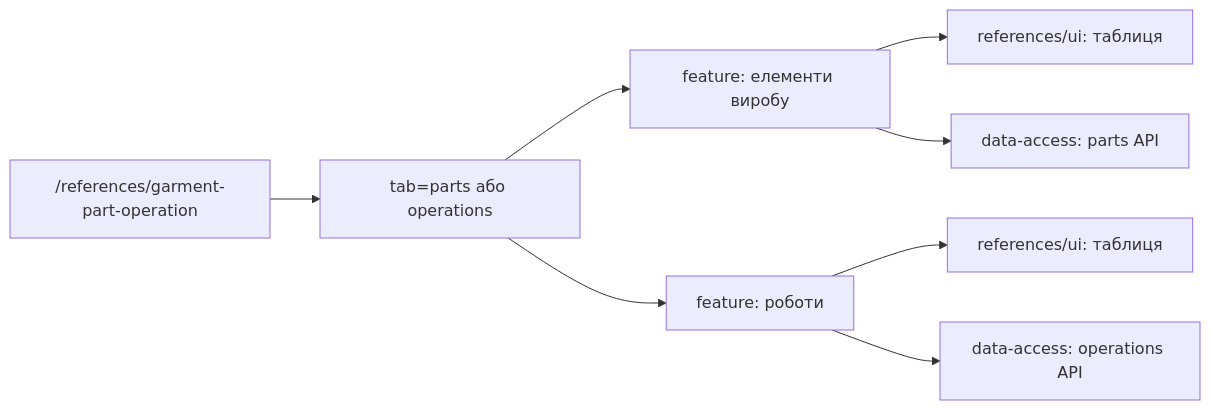
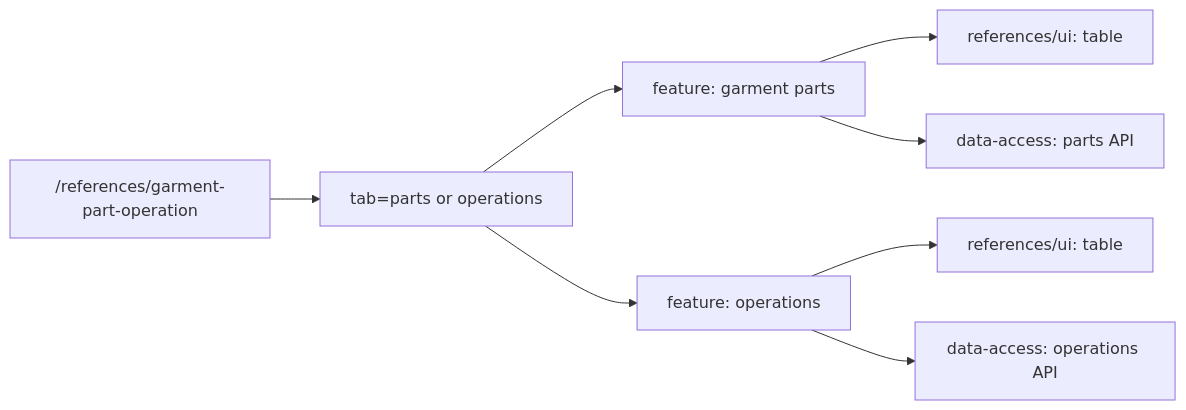
Before and after one commit to Weretik/brevi-web: the diagram in docs/features/admin/references/garment-parts.md, drawn with Mermaid. The commit also changed other lines of this file and 52 other files, not shown here.

Commit message:
docs(frontend): reconcile architecture and feature guidance

````diff
--- a/docs/features/admin/references/garment-parts.md
+++ b/docs/features/admin/references/garment-parts.md
@@ -9,10 +13,10 @@
 ```mermaid
 flowchart LR
-  Route["/references/garment-part-operation"] --> Tabs["tab=parts або operations"]
-  Tabs --> Parts["feature: елементи виробу"]
-  Tabs --> Operations["feature: роботи"]
-  Parts --> PartsUI["references/ui: таблиця"]
-  Operations --> OperationsUI["references/ui: таблиця"]
+  Route["/references/garment-part-operation"] --> Tabs["tab=parts or operations"]
+  Tabs --> Parts["feature: garment parts"]
+  Tabs --> Operations["feature: operations"]
+  Parts --> PartsUI["references/ui: table"]
+  Operations --> OperationsUI["references/ui: table"]
   Parts --> PartsAPI["data-access: parts API"]
   Operations --> OperationsAPI["data-access: operations API"]
 ```
````
